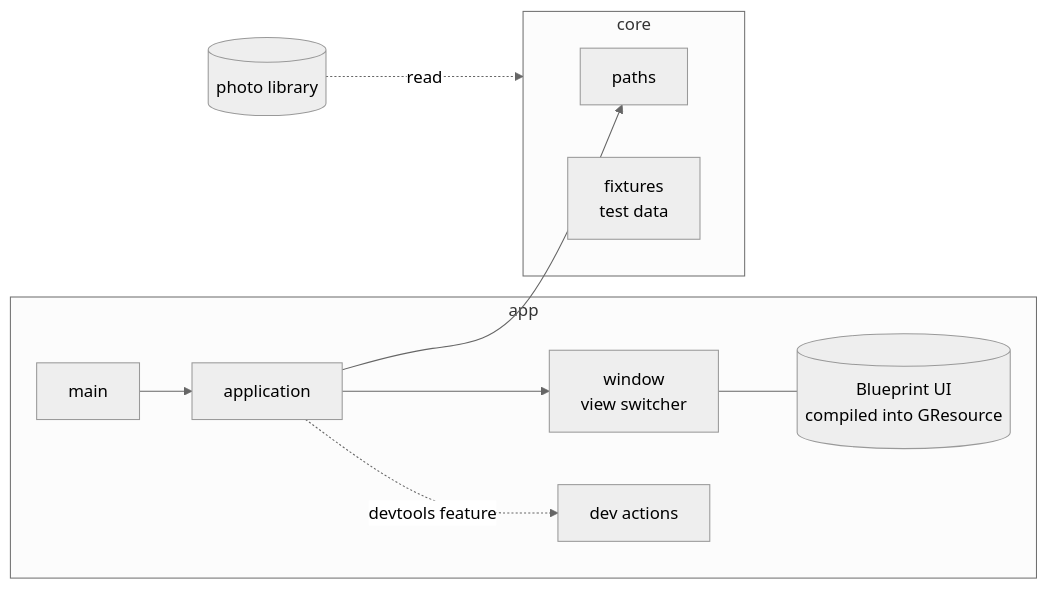
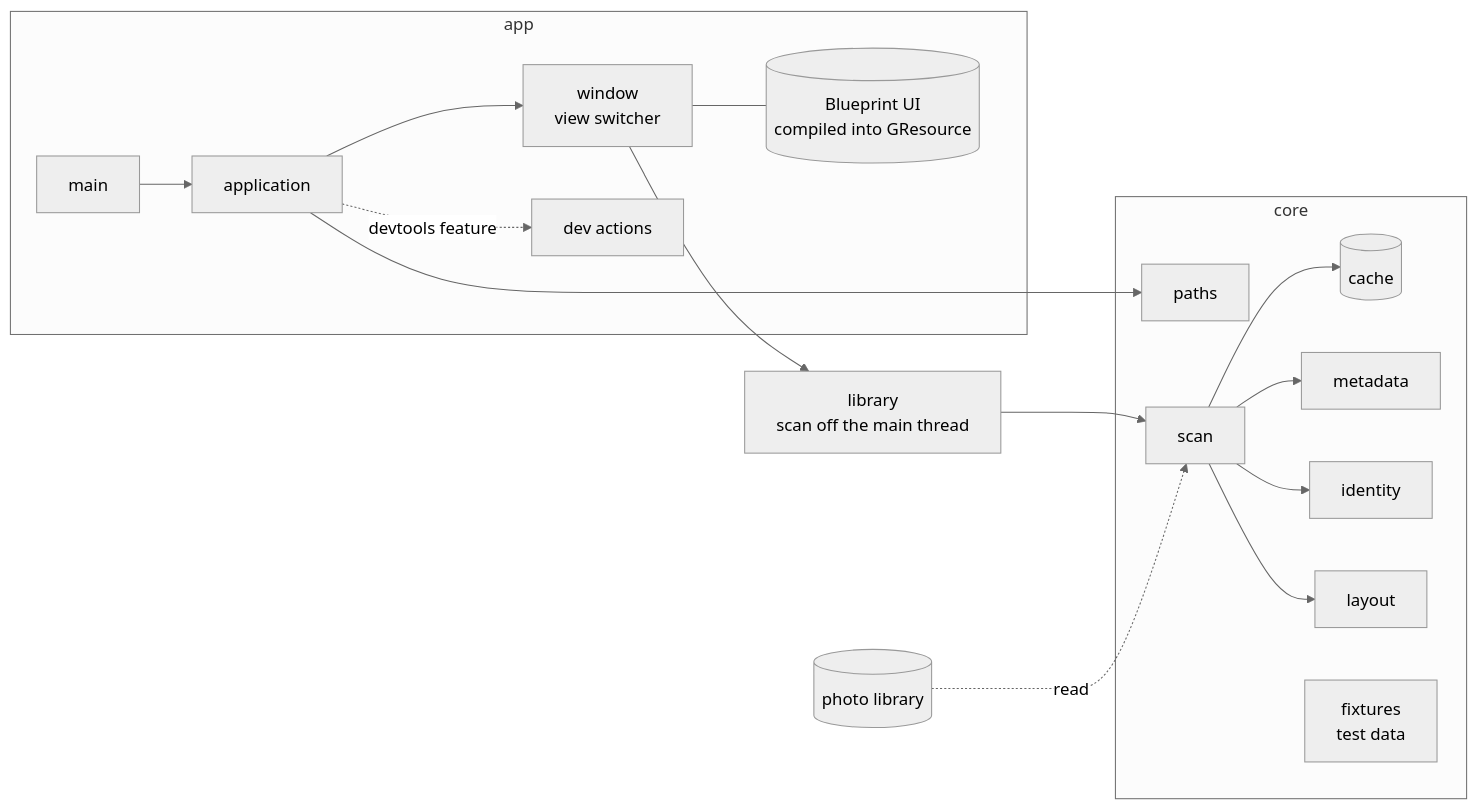
Before and after one commit to xuedi/photoManager: the diagram in docs/overview.md, drawn with Mermaid (neutral theme). The commit also changed other lines of this file and 4 other files, not shown here.

````diff
--- a/docs/overview.md
+++ b/docs/overview.md
@@ -5,15 +5,21 @@
 ```mermaid
 flowchart LR
     subgraph app [app]
         main[main] --> application
         application --> window[window<br/>view switcher]
         application -. devtools feature .-> devtools[dev actions]
         window --- blueprint[(Blueprint UI<br/>compiled into GResource)]
     end
     subgraph core [core]
         paths
+        scan --> cache[(cache)]
+        scan --> metadata
+        scan --> identity
+        scan --> layout
         fixtures[fixtures<br/>test data]
     end
     application --> paths
-    photos[(photo library)] -. read .-> core
+    window --> library[library<br/>scan off the main thread]
+    library --> scan
+    photos[(photo library)] -. read .-> scan
 ```
````
